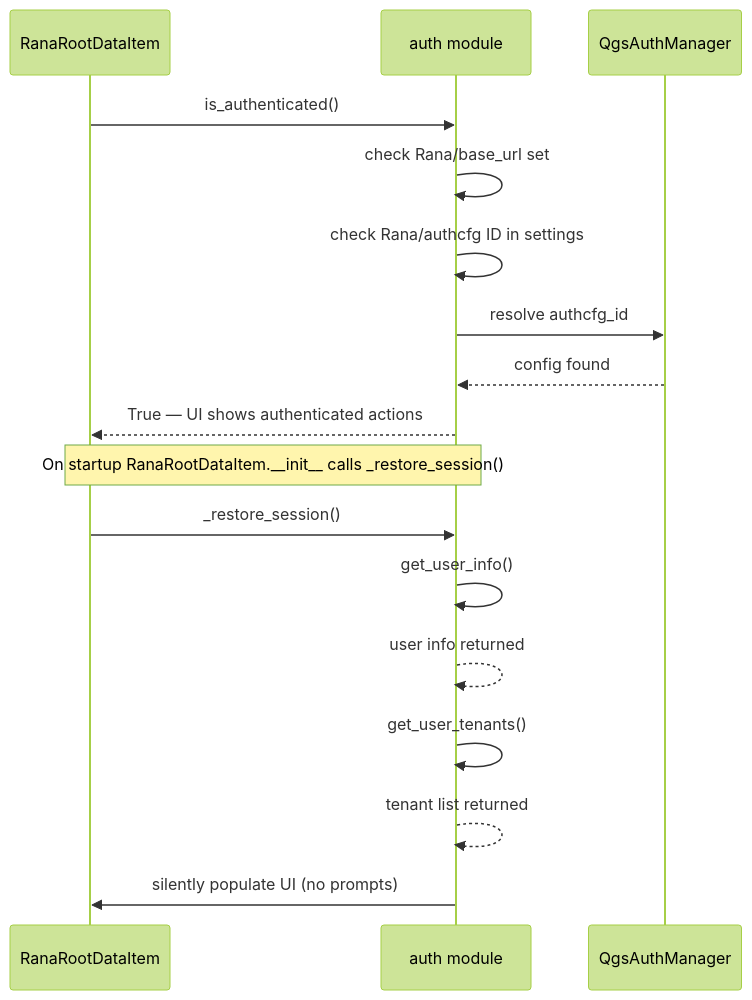
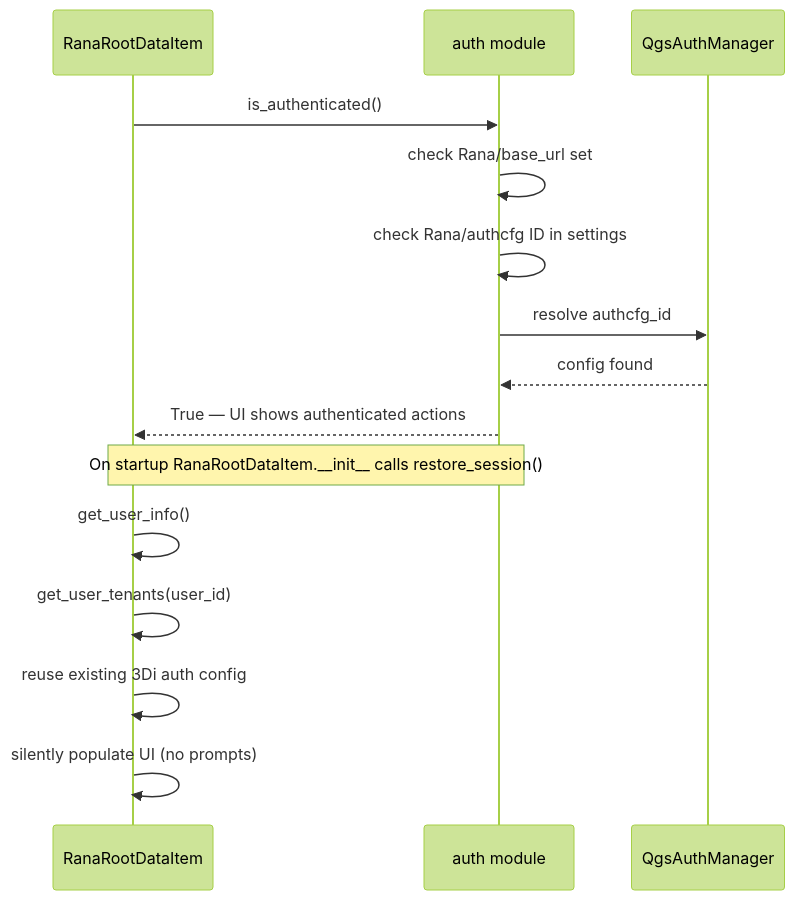
Before and after one commit to nens/rana-qgis-plugin: the second of 4 diagrams in doc/auth-flow.md, drawn with Mermaid (forest theme). The commit also changed other lines of this file and 1 other file, not shown here.

````diff
--- a/doc/auth-flow.md
+++ b/doc/auth-flow.md
@@ -38,21 +40,19 @@
 ```mermaid
 sequenceDiagram
     participant Browser as RanaRootDataItem
     participant Auth as auth module
     participant AuthMgr as QgsAuthManager
 
     Browser->>Auth: is_authenticated()
     Auth->>Auth: check Rana/base_url set
     Auth->>Auth: check Rana/authcfg ID in settings
     Auth->>AuthMgr: resolve authcfg_id
     AuthMgr-->>Auth: config found
     Auth-->>Browser: True — UI shows authenticated actions
 
-    Note over Browser,Auth: On startup RanaRootDataItem.__init__ calls _restore_session()
-    Browser->>Auth: _restore_session()
-    Auth->>Auth: get_user_info()
-    Auth-->>Auth: user info returned
-    Auth->>Auth: get_user_tenants()
-    Auth-->>Auth: tenant list returned
-    Auth->>Browser: silently populate UI (no prompts)
+    Note over Browser,Auth: On startup RanaRootDataItem.__init__ calls restore_session()
+    Browser->>Browser: get_user_info()
+    Browser->>Browser: get_user_tenants(user_id)
+    Browser->>Browser: reuse existing 3Di auth config
+    Browser->>Browser: silently populate UI (no prompts)
 ```
````
